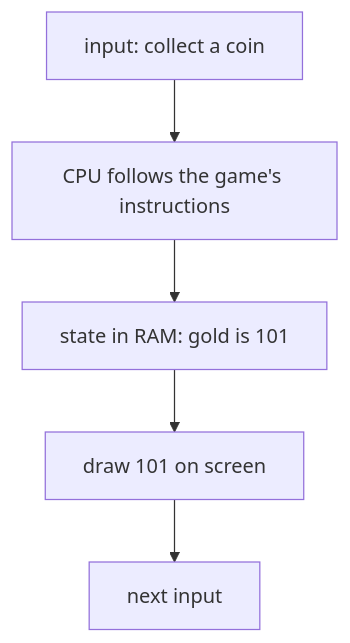
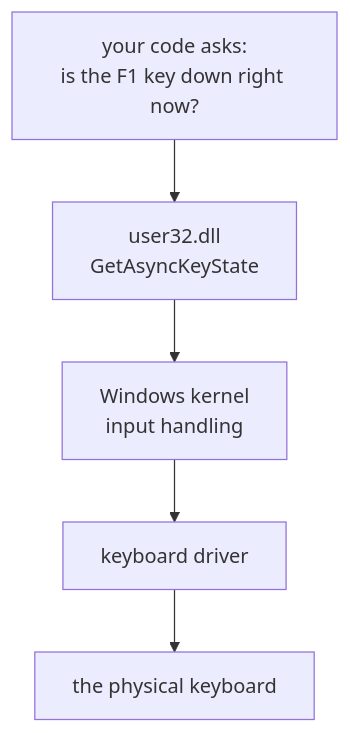
Before and after one commit to MustCodeAl/rust-game-hacking-book: the third of 3 diagrams in site/src/content/docs/pages/1/02.mdx, drawn with Mermaid. The commit also changed other lines of this file and 121 other files, not shown here.

````diff
--- a/site/src/content/docs/pages/1/02.mdx
+++ b/site/src/content/docs/pages/1/02.mdx
@@ -234,7 +217,7 @@
 ```mermaid
 flowchart TD
-    Input["input: collect a coin"] --> CPU["CPU follows the game's instructions"]
-    CPU --> State["state in RAM: gold is 101"]
-    State --> Screen["draw 101 on screen"]
-    Screen --> Next["next input"]
+    A["your code asks:<br/>is the F1 key down right now?"] --> B["user32.dll<br/>GetAsyncKeyState"]
+    B --> C["Windows kernel<br/>input handling"]
+    C --> D["keyboard driver"]
+    D --> E["the physical keyboard"]
 ```
````
